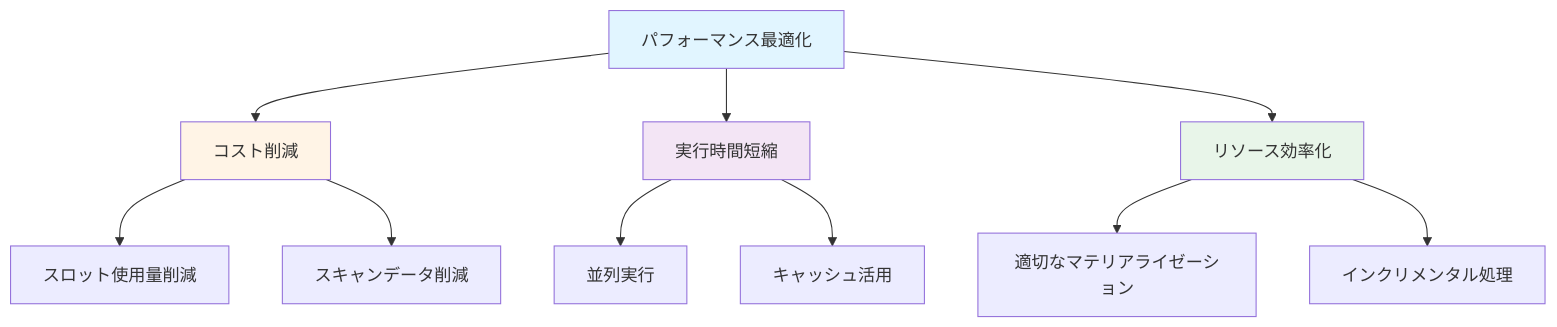
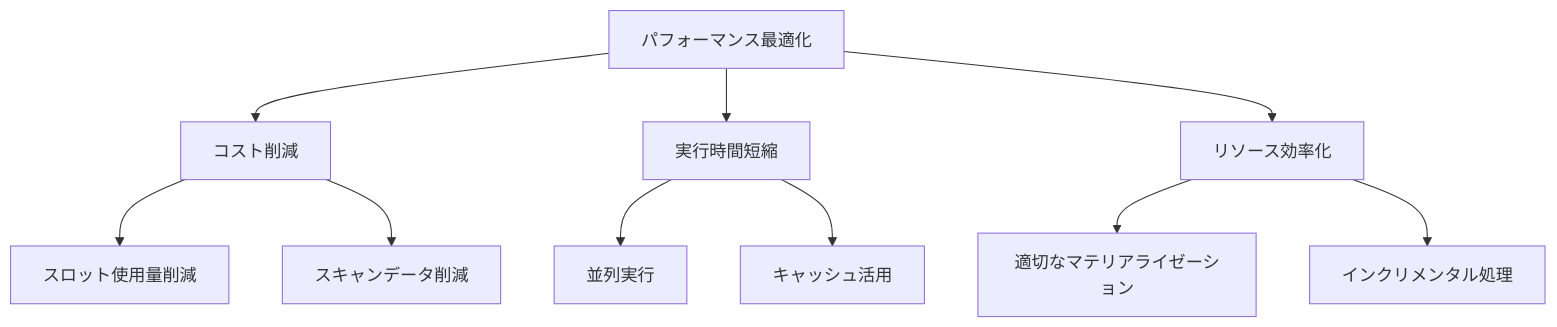
Before and after one commit to 1210yuichi0/1210yuichi0.github.io: the first of 12 diagrams in content/Tech/dbt/categories/performance-optimization.md, drawn with Mermaid. The commit also changed other lines of this file and 22 other files, not shown here.

First line of the commit message:
style: remove Mermaid style directives for dark mode compatibility

````diff
--- a/content/Tech/dbt/categories/performance-optimization.md
+++ b/content/Tech/dbt/categories/performance-optimization.md
@@ -31,20 +31,16 @@
 ```mermaid
 graph TB
     A[パフォーマンス最適化] --> B[コスト削減]
     A --> C[実行時間短縮]
     A --> D[リソース効率化]
 
     B --> E[スロット使用量削減]
     B --> F[スキャンデータ削減]
 
     C --> G[並列実行]
     C --> H[キャッシュ活用]
 
     D --> I[適切なマテリアライゼーション]
     D --> J[インクリメンタル処理]
 
-    style A fill:#e1f5ff
-    style B fill:#fff4e6
-    style C fill:#f3e5f5
-    style D fill:#e8f5e9
 ```
````
